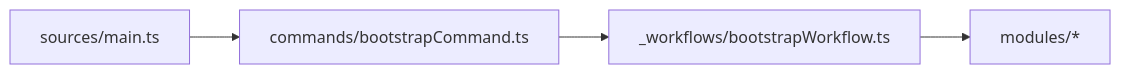
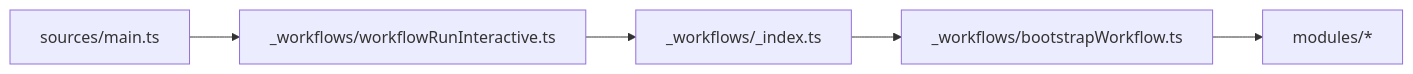
Before and after one commit to ex3ndr/holdmybeer: the diagram in doc/rewrite-removal.md, drawn with Mermaid. The commit also changed other lines of this file and 12 other files, not shown here.

````diff
--- a/doc/rewrite-removal.md
+++ b/doc/rewrite-removal.md
@@ -7,6 +7,7 @@
 ```mermaid
 flowchart LR
-  A[sources/main.ts] --> B[commands/bootstrapCommand.ts]
-  B --> C[_workflows/bootstrapWorkflow.ts]
-  C --> D[modules/*]
+  A[sources/main.ts] --> B[_workflows/workflowRunInteractive.ts]
+  B --> C[_workflows/_index.ts]
+  C --> D[_workflows/bootstrapWorkflow.ts]
+  D --> E[modules/*]
 ```
````
